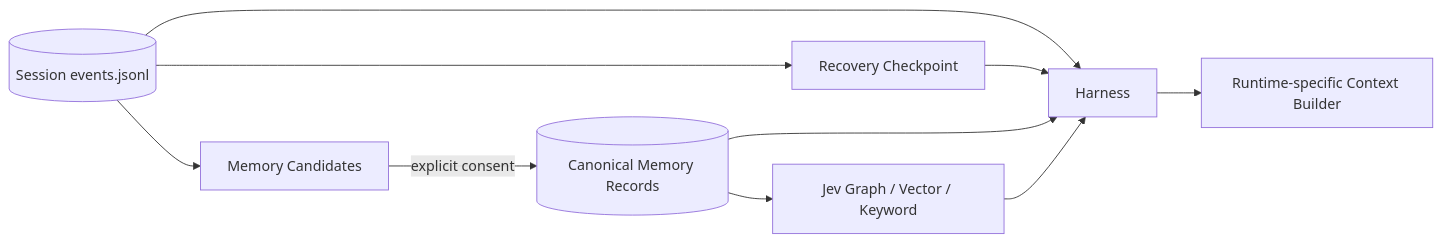
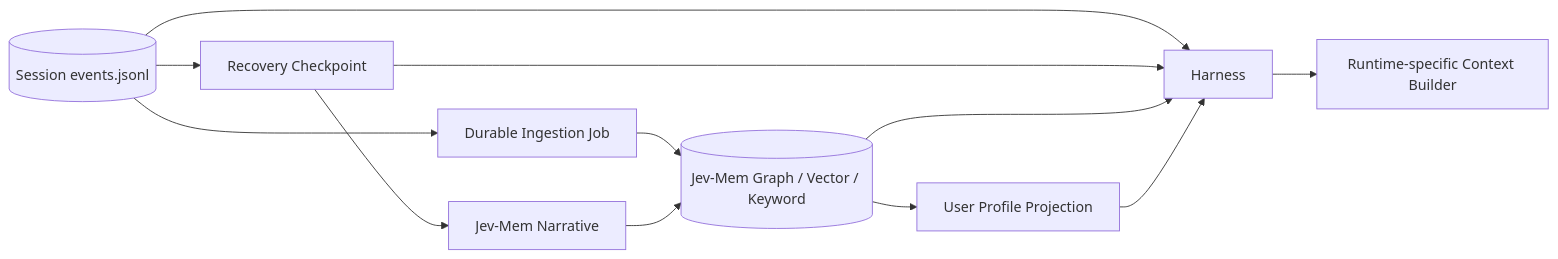
Before and after one commit to kono-dada/BoxAgent: the third of 4 diagrams in docs/BoxAgent-架构重构方案.md, drawn with Mermaid. The commit also changed other lines of this file and 166 other files, not shown here.

````diff
--- a/docs/BoxAgent-架构重构方案.md
+++ b/docs/BoxAgent-架构重构方案.md
@@ -341,12 +354,14 @@
 ```mermaid
 flowchart LR
     E[(Session events.jsonl)] --> S[Recovery Checkpoint]
-    E --> C[Memory Candidates]
-    C -->|explicit consent| M[(Canonical Memory Records)]
-    M --> J[Jev Graph / Vector / Keyword]
+    E --> Q[Durable Ingestion Job]
+    Q --> J[(Jev-Mem Graph / Vector / Keyword)]
+    S --> N[Jev-Mem Narrative]
+    N --> J
+    J --> P[User Profile Projection]
     E --> H[Harness]
     S --> H
-    M --> H
     J --> H
+    P --> H
     H --> R[Runtime-specific Context Builder]
 ```
````
